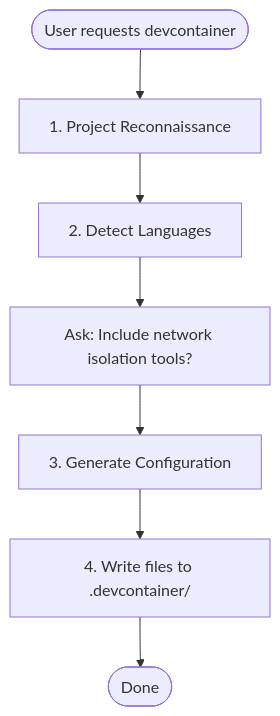
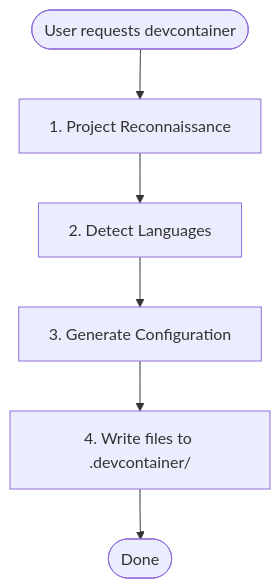
One commit to trailofbits/skills changed the diagram in plugins/devcontainer-setup/skills/devcontainer-setup/SKILL.md. Above: the diagram before and after it, drawn with Mermaid. The commit also changed other lines of this file and 6 other files, not shown here.

````diff
--- a/plugins/devcontainer-setup/skills/devcontainer-setup/SKILL.md
+++ b/plugins/devcontainer-setup/skills/devcontainer-setup/SKILL.md
@@ -24,17 +24,15 @@
 ```mermaid
 flowchart TB
     start([User requests devcontainer])
     recon[1. Project Reconnaissance]
     detect[2. Detect Languages]
-    ask_network[Ask: Include network isolation tools?]
     generate[3. Generate Configuration]
     write[4. Write files to .devcontainer/]
     done([Done])
 
     start --> recon
     recon --> detect
-    detect --> ask_network
-    ask_network --> generate
+    detect --> generate
     generate --> write
     write --> done
 ```
````
